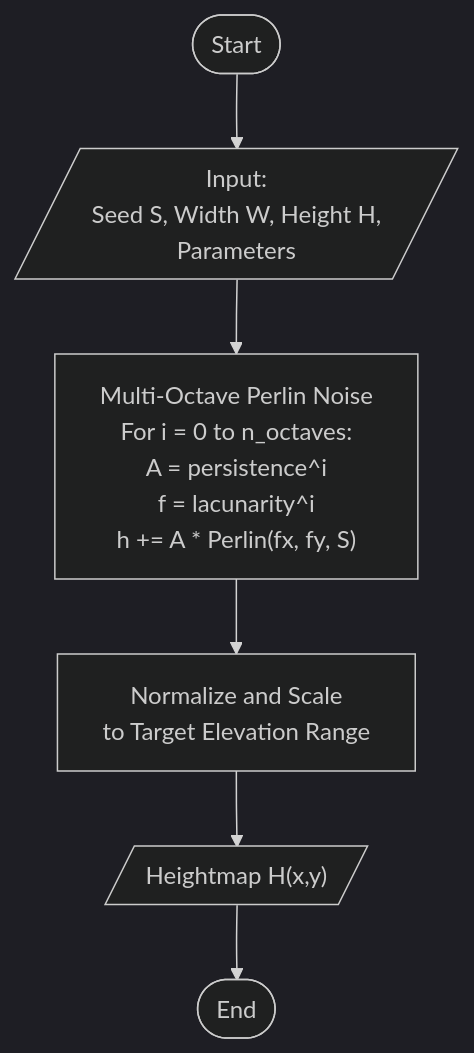
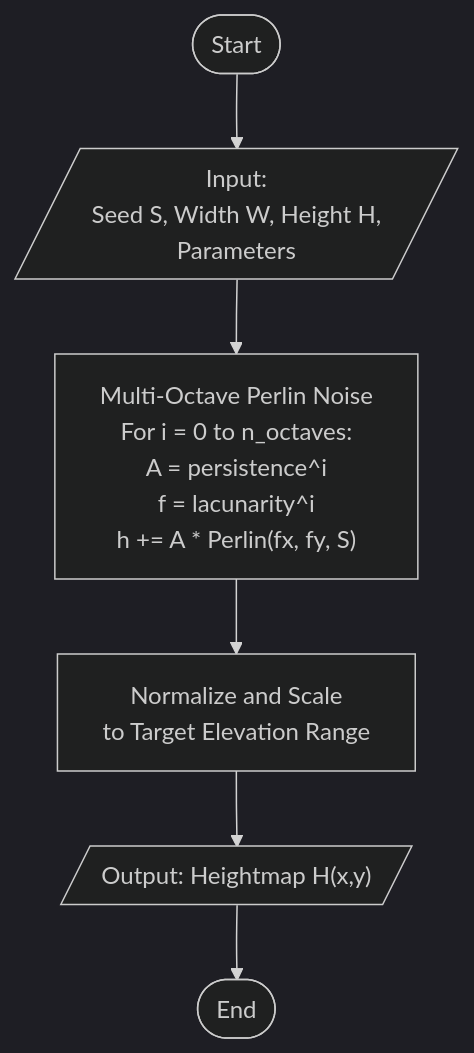
One commit to Montmont20z/Terrain-Generation-Algorithm changed the second of 4 diagrams in README.md. Above: the diagram before and after it, drawn with Mermaid (dark theme). The commit also changed other lines of this file, not shown here.

````diff
--- a/README.md
+++ b/README.md
@@ -110,8 +110,8 @@
 ```mermaid
 flowchart TD
     Start([Start]) --> Input[/"Input:<br>Seed S, Width W, Height H,<br>Parameters"/]
     Input --> Perlin["Multi-Octave Perlin Noise<br>For i = 0 to n_octaves:<br>A = persistence^i<br>f = lacunarity^i<br>h += A * Perlin(fx, fy, S)"]
     Perlin --> Normalize["Normalize and Scale<br>to Target Elevation Range"]
-    Normalize --> Output[/"Heightmap H(x,y)"/]
+    Normalize --> Output[/"Output: Heightmap H(x,y)"/]
     Output --> End([End])
 ```
````
